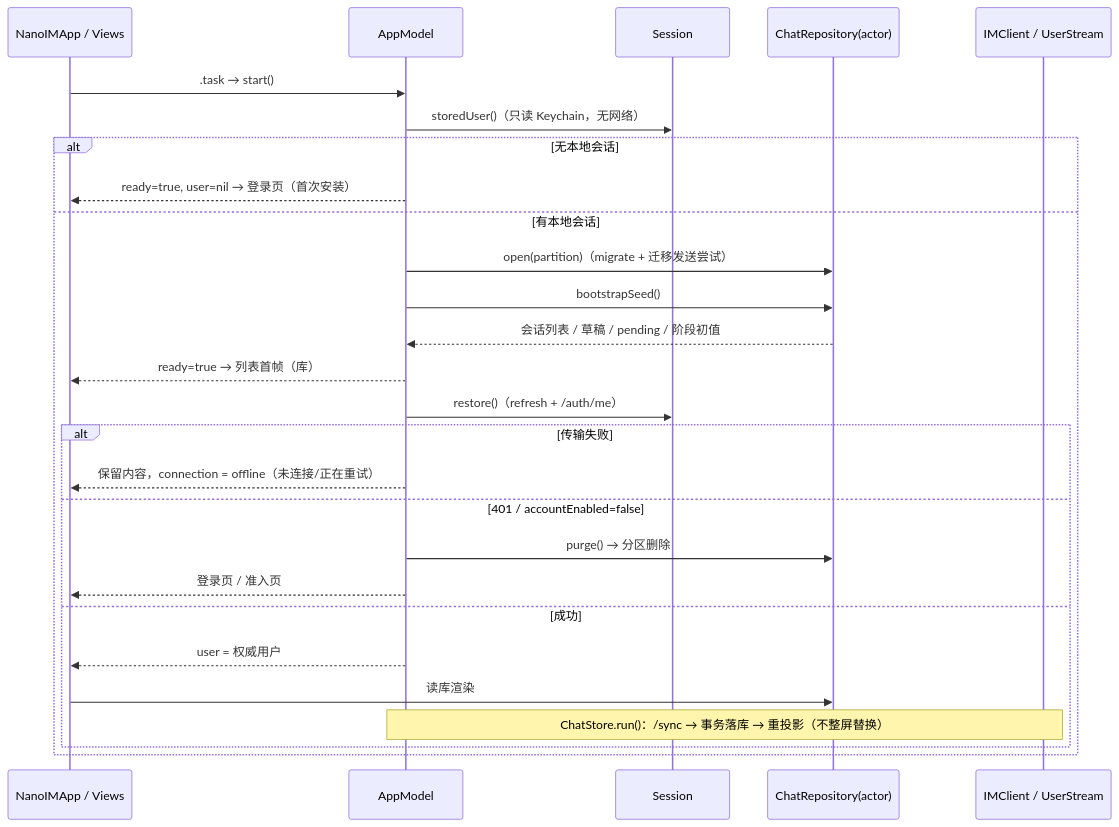
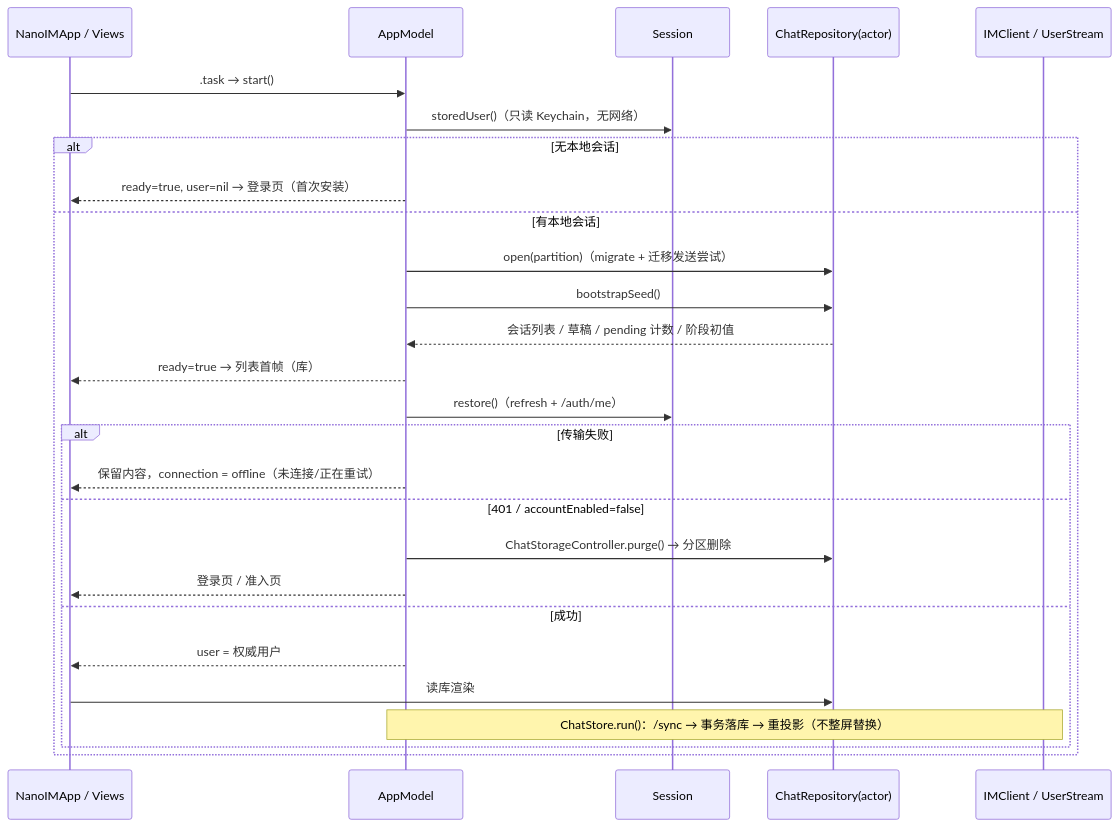
One commit to Mrchen116/nano-multiagent changed the fourth of 4 diagrams in docs/changes/feat-714-ios-local-chat-store/design.md. Above: the diagram before and after it, drawn with Mermaid. The commit also changed other lines of this file and 2 other files, not shown here.

````diff
--- a/docs/changes/feat-714-ios-local-chat-store/design.md
+++ b/docs/changes/feat-714-ios-local-chat-store/design.md
@@ -328,30 +402,30 @@
 ```mermaid
 sequenceDiagram
     participant V as NanoIMApp / Views
     participant AM as AppModel
     participant S as Session
     participant R as ChatRepository(actor)
     participant N as IMClient / UserStream
 
     V->>AM: .task → start()
     AM->>S: storedUser()（只读 Keychain，无网络）
     alt 无本地会话
         AM-->>V: ready=true, user=nil → 登录页（首次安装）
     else 有本地会话
         AM->>R: open(partition)（migrate + 迁移发送尝试）
         AM->>R: bootstrapSeed()
-        R-->>AM: 会话列表 / 草稿 / pending / 阶段初值
+        R-->>AM: 会话列表 / 草稿 / pending 计数 / 阶段初值
         AM-->>V: ready=true → 列表首帧（库）
         AM->>S: restore()（refresh + /auth/me）
         alt 传输失败
             AM-->>V: 保留内容，connection = offline（未连接/正在重试）
         else 401 / accountEnabled=false
-            AM->>R: purge() → 分区删除
+            AM->>R: ChatStorageController.purge() → 分区删除
             AM-->>V: 登录页 / 准入页
         else 成功
             AM-->>V: user = 权威用户
             V->>R: 读库渲染
             Note over AM,N: ChatStore.run()：/sync → 事务落库 → 重投影（不整屏替换）
         end
     end
 ```
````
